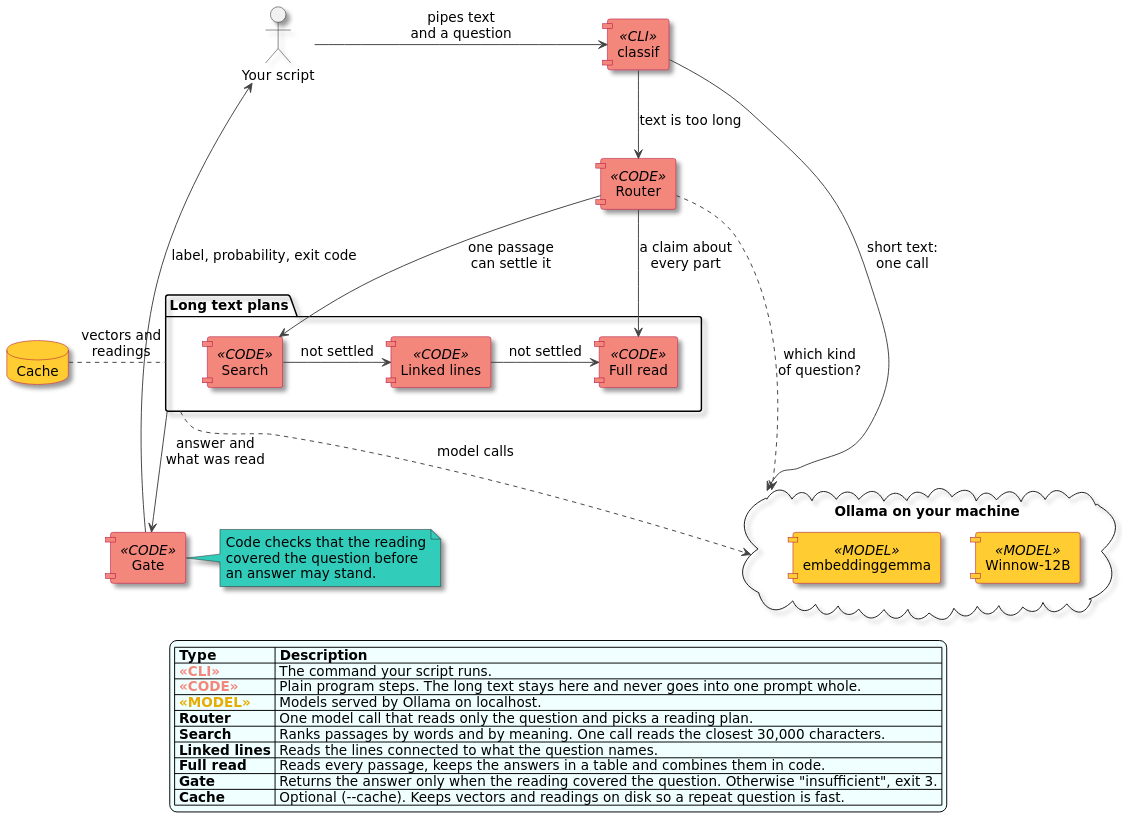
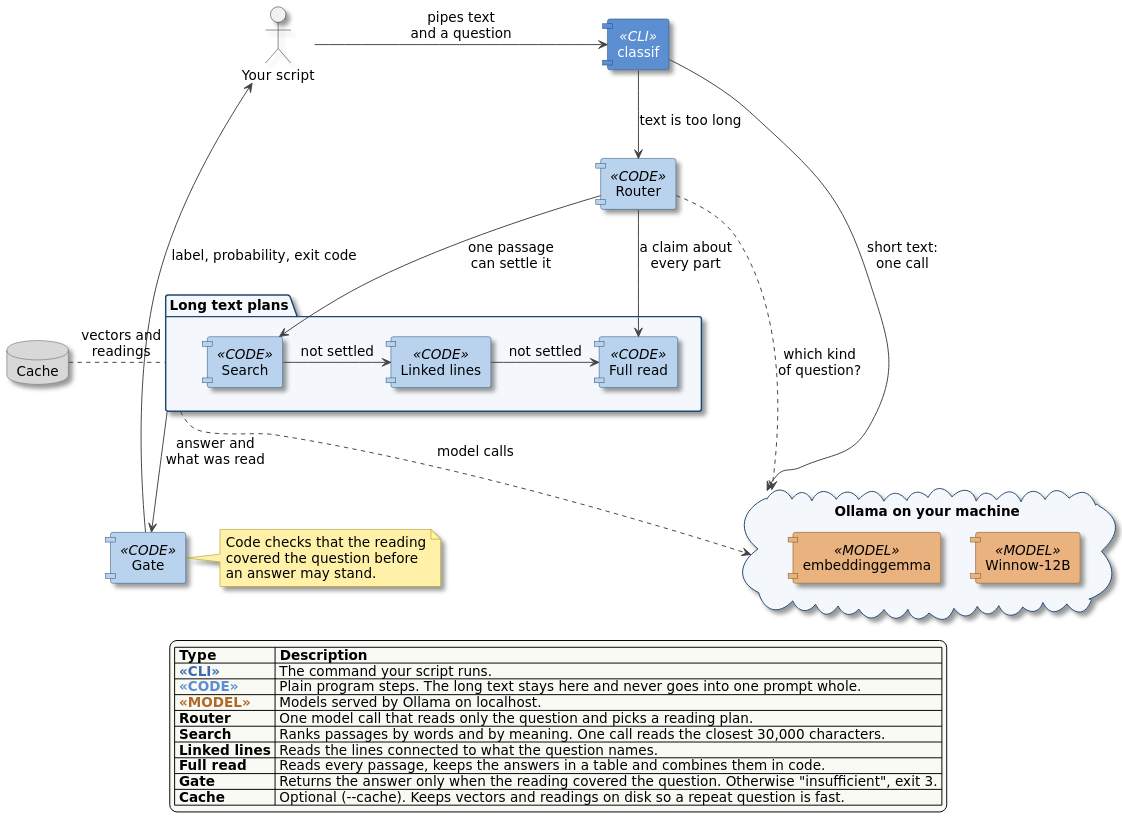
The diagram in blog/_media/diagrams/classif-components.puml (Piotr1215/cloudrumble), drawn with PlantUML before and after one commit. The commit also changed 3 other files, not shown here.

First line of the commit message:
docs(blog): give the classif diagrams their own colors

```diff
--- a/blog/_media/diagrams/classif-components.puml
+++ b/blog/_media/diagrams/classif-components.puml
@@ -1,83 +1,93 @@
 @startuml classif-components
 skinparam dpi 150
 skinparam shadowing true
 skinparam defaultFontName "DejaVu Sans"
 skinparam defaultFontSize 14
 skinparam ArrowColor #444444
 skinparam componentStyle uml1
 skinparam component {
-  BackgroundColor<<CLI>> #F4877C
-  BorderColor<<CLI>> #A80036
-  BackgroundColor<<CODE>> #F4877C
-  BorderColor<<CODE>> #A80036
-  BackgroundColor<<MODEL>> #FFCC33
-  BorderColor<<MODEL>> #A80036
+  BackgroundColor<<CLI>> #5B8FD1
+  BorderColor<<CLI>> #23466E
+  FontColor<<CLI>> #FFFFFF
+  StereotypeFontColor<<CLI>> #FFFFFF
+  BackgroundColor<<CODE>> #B9D3EE
+  BorderColor<<CODE>> #23466E
+  BackgroundColor<<MODEL>> #E9B27E
+  BorderColor<<MODEL>> #7A4A1E
 }
 skinparam database {
-  BackgroundColor #FFCC33
-  BorderColor #A80036
+  BackgroundColor #D8D8D8
+  BorderColor #555555
 }
 skinparam interface {
-  BackgroundColor #FFFFCC
-  BorderColor #A80036
+  BackgroundColor #FFFFFF
+  BorderColor #555555
 }
 skinparam note {
-  BackgroundColor #33CCBB
-  BorderColor #222222
+  BackgroundColor #FFF2A8
+  BorderColor #9C8500
 }
 skinparam legend {
-  BackgroundColor #F0FFFF
+  BackgroundColor #FAFAF5
+}
+skinparam cloud {
+  BackgroundColor #FBF4EC
+  BorderColor #7A4A1E
+}
+skinparam package {
+  BackgroundColor #F4F8FC
+  BorderColor #23466E
 }
 
 actor "Your script" as dev
 
 component "classif" <<CLI>> as cli
 component "Router" <<CODE>> as router
 
 package "Long text plans" as plans {
   component "Search" <<CODE>> as search
   component "Linked lines" <<CODE>> as linked
   component "Full read" <<CODE>> as full
 }
 
 component "Gate" <<CODE>> as gate
 
 cloud "Ollama on your machine" as ollama {
   component "Winnow-12B" <<MODEL>> as judge
   component "embeddinggemma" <<MODEL>> as embed
 }
 
 database "Cache" as cache
 
 dev -right-> cli : pipes text\nand a question
 cli -right-> ollama : short text:\none call
 cli -down-> router : text is too long
 router -down-> search : one passage\ncan settle it
 router -down-> full : a claim about\nevery part
 search -right-> linked : not settled
 linked -right-> full : not settled
 plans -down-> gate : answer and\nwhat was read
 gate -left-> dev : label, probability, exit code
 router ..> ollama : which kind\nof question?
 plans ..> ollama : model calls
 plans .left. cache : vectors and\nreadings
 
 note right of gate
   Code checks that the reading
   covered the question before
   an answer may stand.
 end note
 
 legend bottom
   |= Type |= Description |
-  | <color:#F4877C><b><<CLI>></b></color> | The command your script runs. |
-  | <color:#F4877C><b><<CODE>></b></color> | Plain program steps. The long text stays here and never goes into one prompt whole. |
-  | <color:#E6AC00><b><<MODEL>></b></color> | Models served by Ollama on localhost. |
+  | <color:#3A6DB0><b><<CLI>></b></color> | The command your script runs. |
+  | <color:#5B8FD1><b><<CODE>></b></color> | Plain program steps. The long text stays here and never goes into one prompt whole. |
+  | <color:#B06A28><b><<MODEL>></b></color> | Models served by Ollama on localhost. |
   | <b>Router</b> | One model call that reads only the question and picks a reading plan. |
   | <b>Search</b> | Ranks passages by words and by meaning. One call reads the closest 30,000 characters. |
   | <b>Linked lines</b> | Reads the lines connected to what the question names. |
   | <b>Full read</b> | Reads every passage, keeps the answers in a table and combines them in code. |
   | <b>Gate</b> | Returns the answer only when the reading covered the question. Otherwise "insufficient", exit 3. |
   | <b>Cache</b> | Optional (--cache). Keeps vectors and readings on disk so a repeat question is fast. |
 endlegend
 @enduml
```
